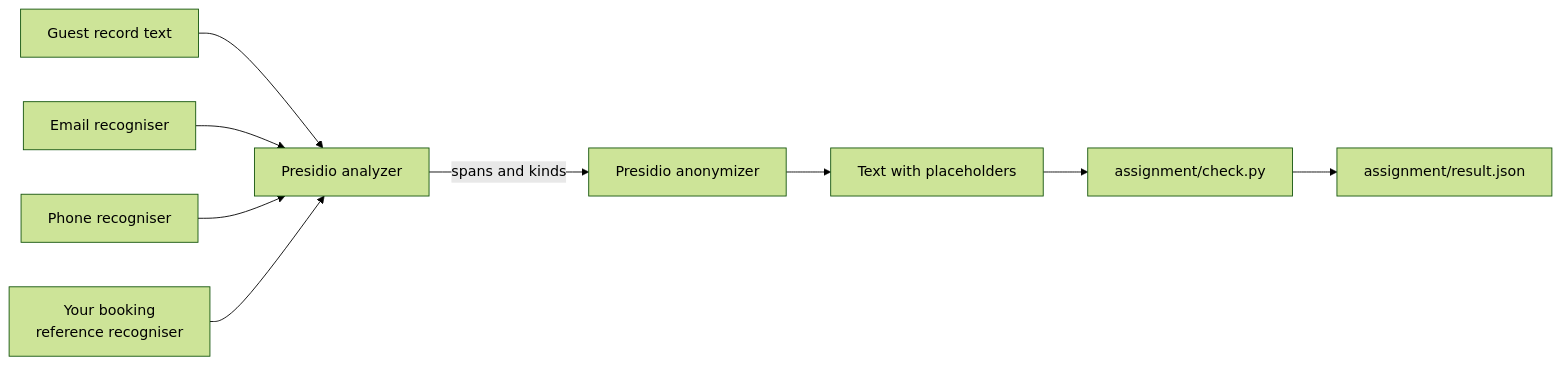
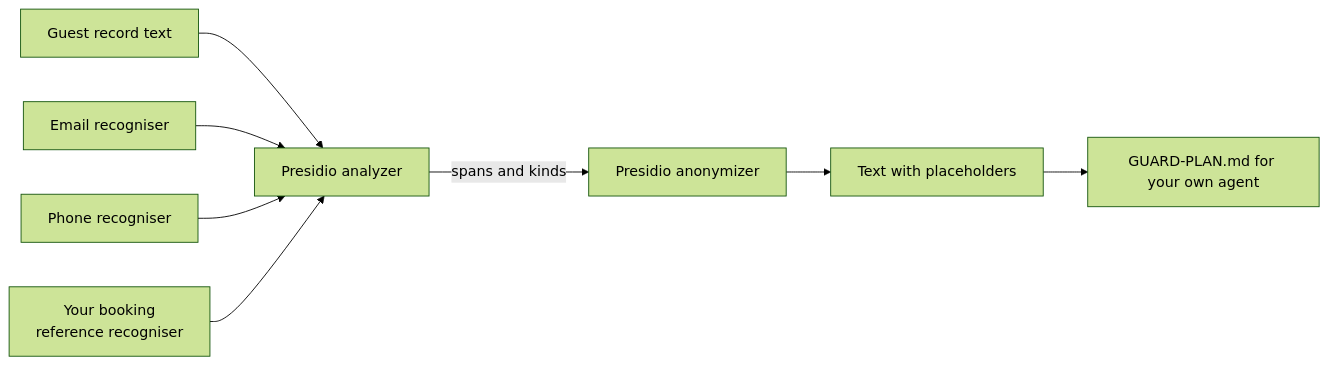
One commit to learnwithparam/guardrails-workshop changed the diagram in parts/06-block-private-data-with-presidio/README.md. Above: the diagram before and after it, drawn with Mermaid (forest theme). The commit also changed other lines of this file and 165 other files, not shown here.

````diff
--- a/parts/06-block-private-data-with-presidio/README.md
+++ b/parts/06-block-private-data-with-presidio/README.md
@@ -25,10 +15,10 @@
 ```mermaid
 flowchart LR
   TXT[Guest record text] --> AN[Presidio analyzer]
   EM[Email recogniser] --> AN
   PH[Phone recogniser] --> AN
   BK[Your booking<br/>reference recogniser] --> AN
   AN -->|spans and kinds| ANON[Presidio anonymizer]
   ANON --> OUT[Text with placeholders]
-  OUT --> CHK[assignment/check.py] --> RES[assignment/result.json]
+  OUT --> PLAN[GUARD-PLAN.md for your own agent]
 ```
````
